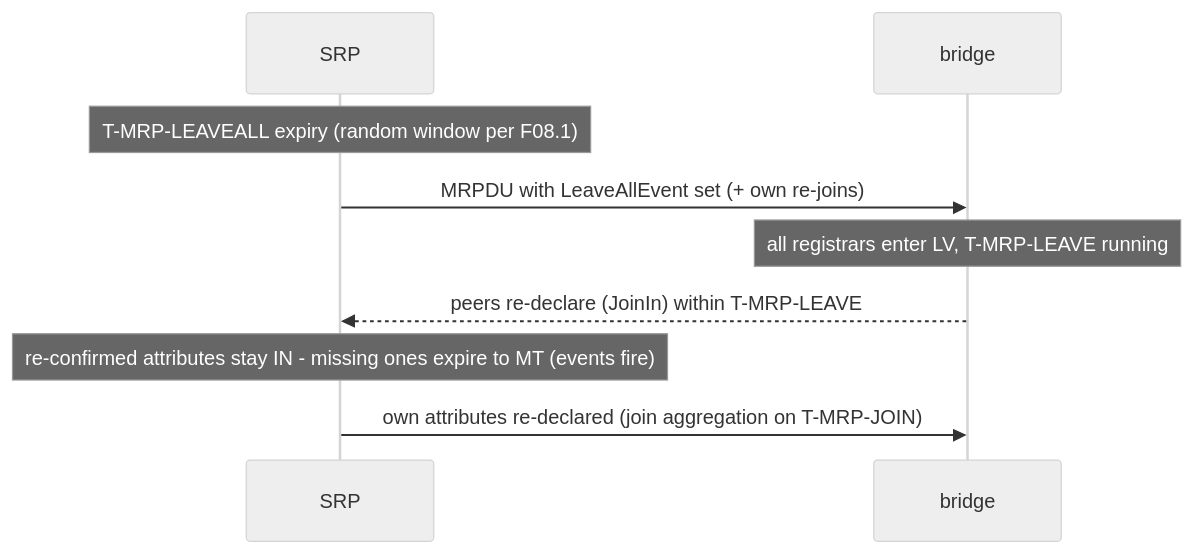
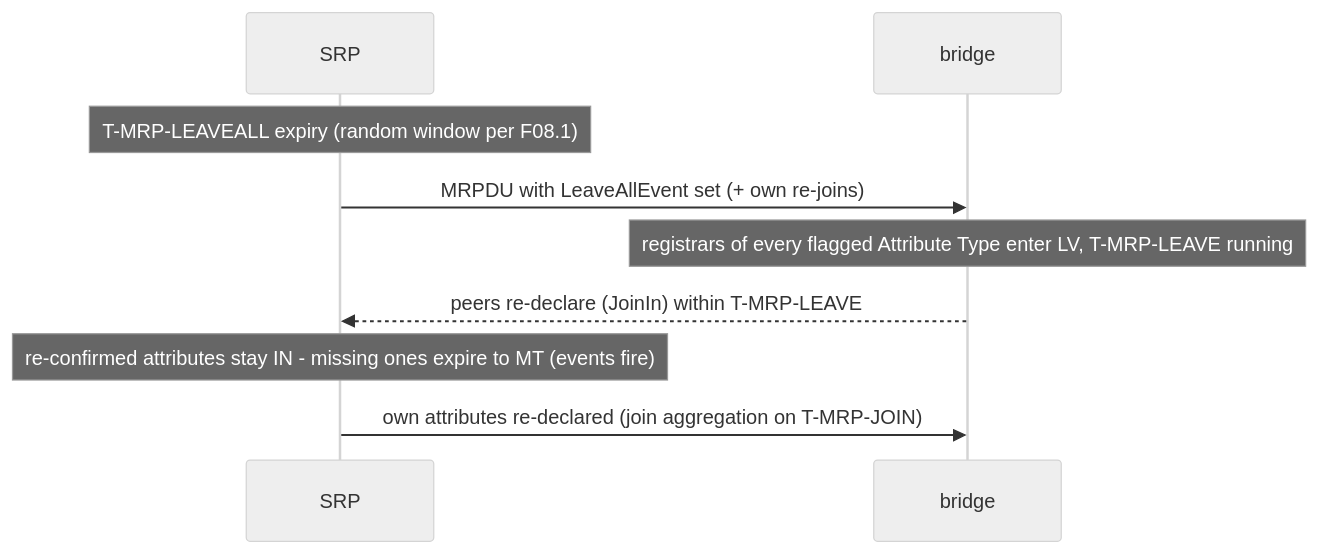
The sixth of 6 diagrams in docs/architecture/10_srp_engine.md (Mister-M-alt/protocol-processor-control-plane-avb-milan), drawn with Mermaid (neutral theme) before and after one commit. The commit also changed other lines of this file and 12 other files, not shown here.

Commit message:
Route a received LeaveAll to its own attribute type, once per MRPDU

````diff
--- a/docs/architecture/10_srp_engine.md
+++ b/docs/architecture/10_srp_engine.md
@@ -311,11 +311,11 @@
 ```mermaid
 sequenceDiagram
     participant SRP
     participant NET as bridge
     Note over SRP: T-MRP-LEAVEALL expiry (random window per F08.1)
     SRP->>NET: MRPDU with LeaveAllEvent set (+ own re-joins)
-    Note over NET: all registrars enter LV, T-MRP-LEAVE running
+    Note over NET: registrars of every flagged Attribute Type enter LV, T-MRP-LEAVE running
     NET-->>SRP: peers re-declare (JoinIn) within T-MRP-LEAVE
     Note over SRP: re-confirmed attributes stay IN - missing ones expire to MT (events fire)
     SRP->>NET: own attributes re-declared (join aggregation on T-MRP-JOIN)
 ```
````
